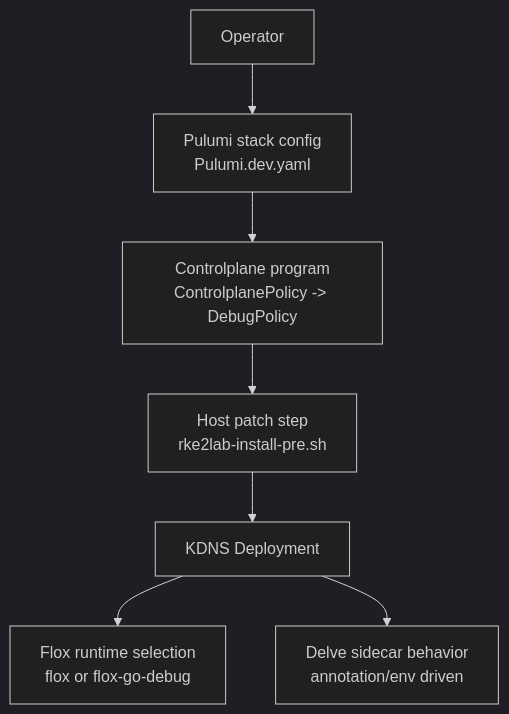
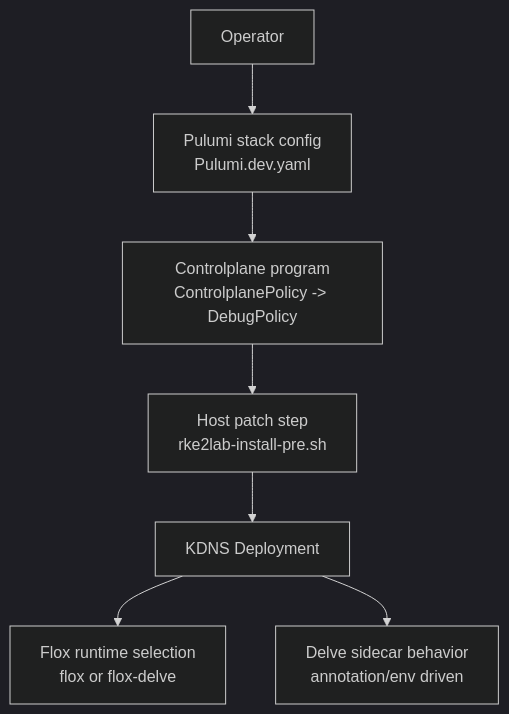
Before and after one commit to nxmatic/rke2lab: the first of 2 diagrams in docs/kdns-debug-operator-view.adoc, drawn with Mermaid (dark theme). The commit also changed other lines of this file, not shown here.

First line of the commit message:
docs(debug): update KDNS debug workflow for Delve integration

```diff
--- a/docs/kdns-debug-operator-view.adoc
+++ b/docs/kdns-debug-operator-view.adoc
@@ -36,18 +37,18 @@
 [mermaid,kdns-debug-operator-context,svg]
 ----
 flowchart TB
     operator[Operator]
   pulumi[Pulumi stack config<br/>Pulumi.dev.yaml]
   controlplane[Controlplane program<br/>ControlplanePolicy -> DebugPolicy]
   hostpatch[Host patch step<br/>rke2lab-install-pre.sh]
     deployment[KDNS Deployment]
-  runtime[Flox runtime selection<br/>flox or flox-go-debug]
+  runtime[Flox runtime selection<br/>flox or flox-delve]
   sidecar[Delve sidecar behavior<br/>annotation/env driven]
 
     operator --> pulumi
     pulumi --> controlplane
     controlplane --> hostpatch
     hostpatch --> deployment
     deployment --> runtime
     deployment --> sidecar
 ----
```
